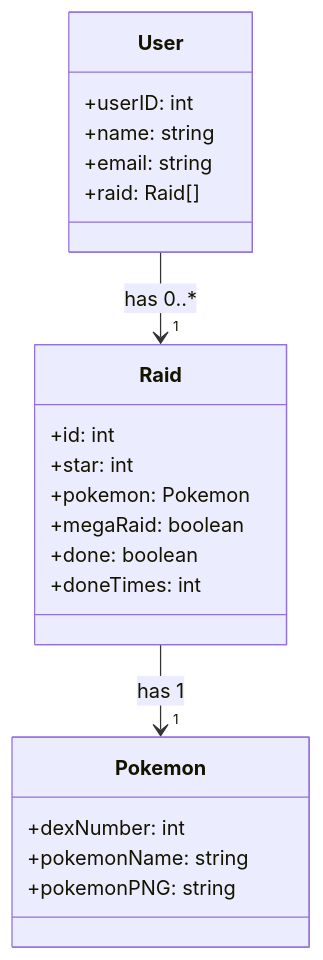
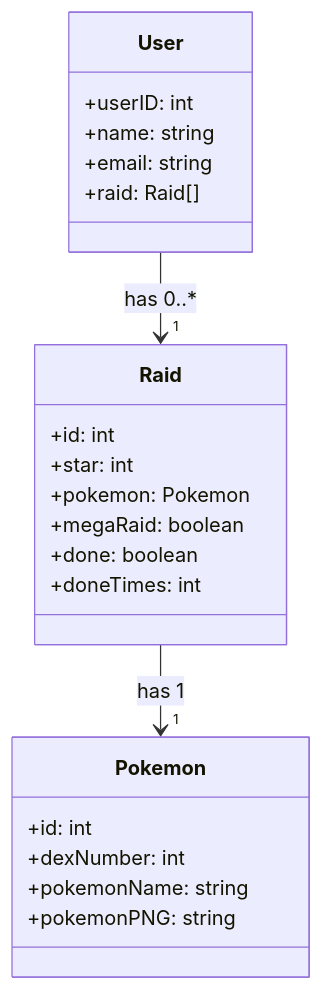
One commit to KleitonMQ/RaidOrganizer changed the diagram in README.md. Above: the diagram before and after it, drawn with Mermaid. The commit also changed 6 other files, not shown here.

````diff
--- a/README.md
+++ b/README.md
@@ -3,27 +3,28 @@
 ```mermaid
 classDiagram
   class User {
     +userID: int
     +name: string
     +email: string
     +raid: Raid[]
   }
 
   class Raid {
     +id: int
     +star: int
     +pokemon: Pokemon
     +megaRaid: boolean
     +done: boolean
     +doneTimes: int
   }
 
   class Pokemon {
+    +id: int
     +dexNumber: int
     +pokemonName: string
     +pokemonPNG: string
   }
 
   User --> "1" Raid : has 0..*
   Raid --> "1" Pokemon : has 1
   ```
````
